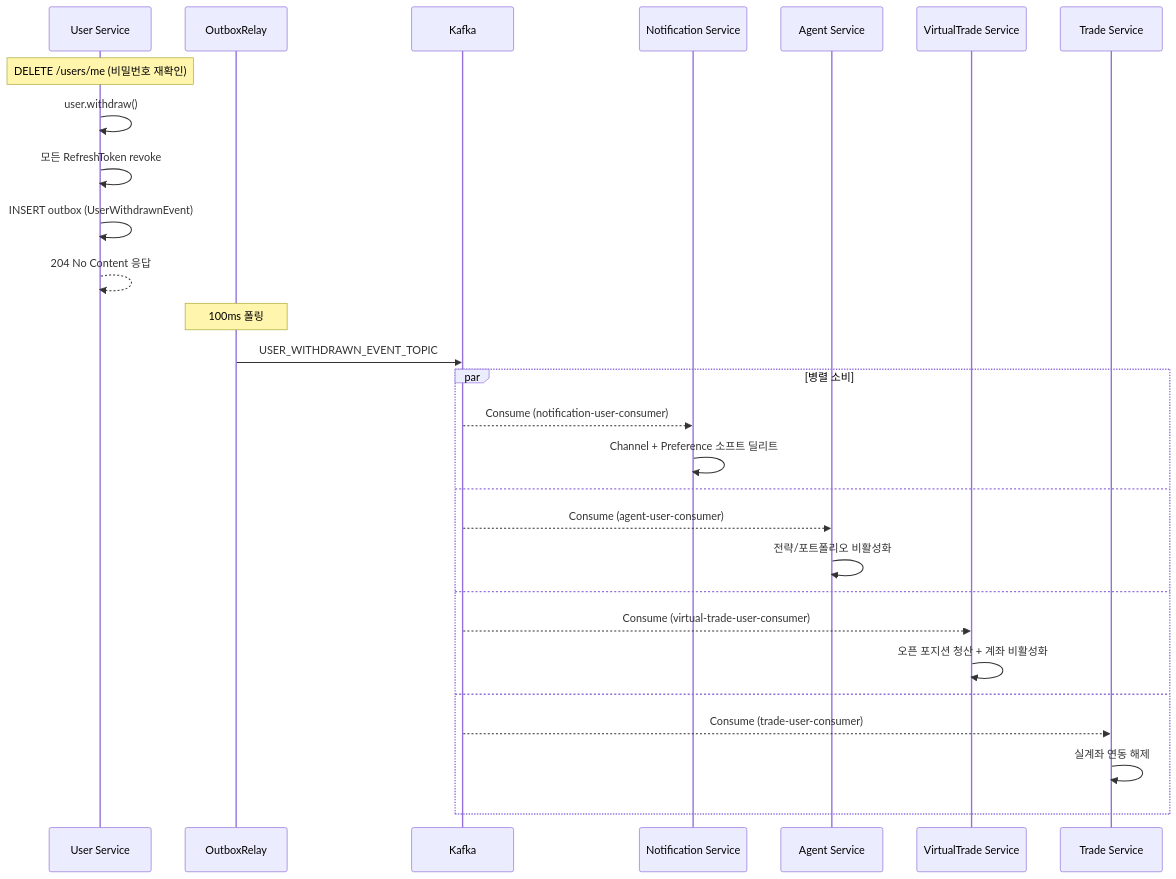
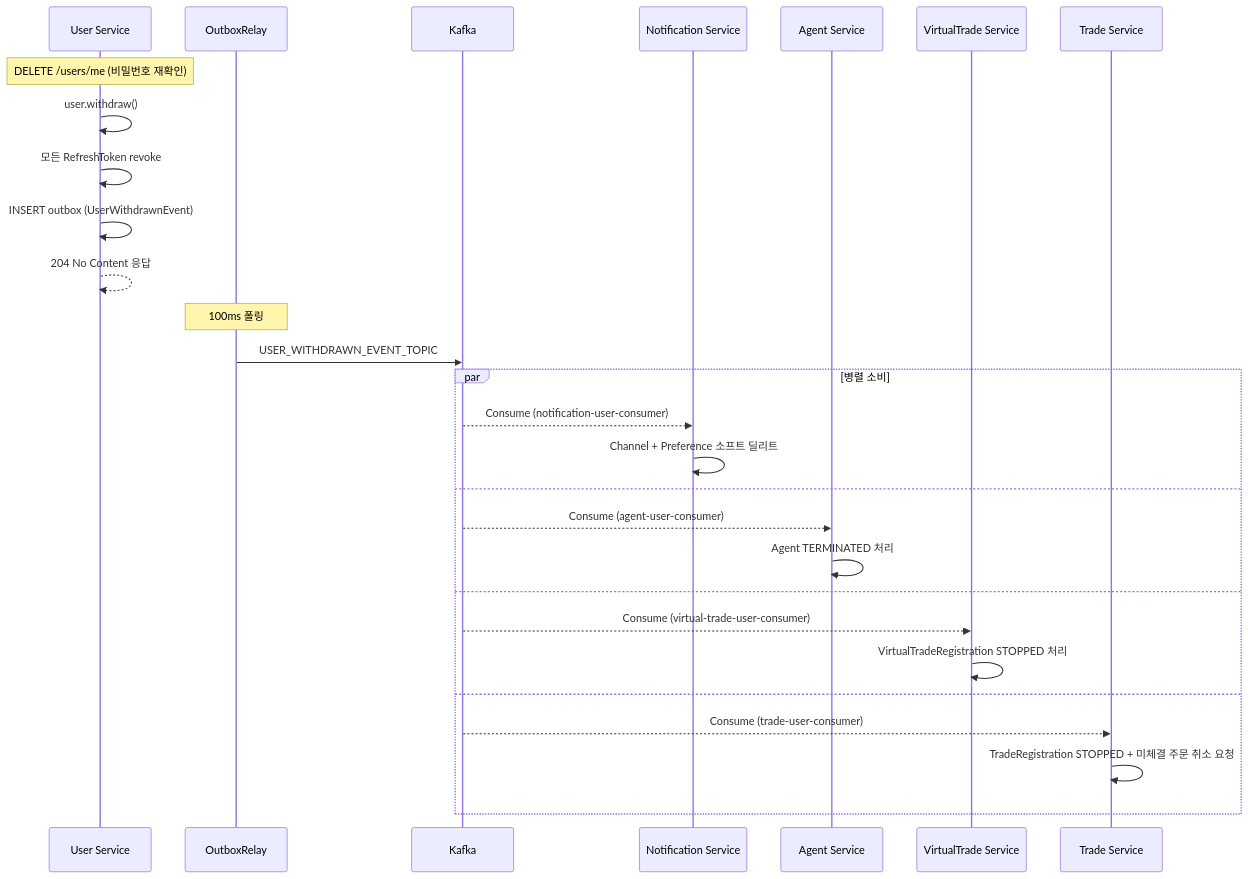
Before and after one commit to Trade-Pilot/.github: the diagram in backend/event-driven-lifecycle.md, drawn with Mermaid. The commit also changed other lines of this file and 11 other files, not shown here.

Commit message:
feat: agent, simulation, trade, virtual trade 문서 작성

````diff
--- a/backend/event-driven-lifecycle.md
+++ b/backend/event-driven-lifecycle.md
@@ -49,33 +49,33 @@
 ```mermaid
 sequenceDiagram
     participant US as User Service
     participant Relay as OutboxRelay
     participant Kafka as Kafka
     participant NS as Notification Service
     participant AS as Agent Service
     participant VT as VirtualTrade Service
     participant TS as Trade Service
 
     Note over US: DELETE /users/me (비밀번호 재확인)
     US->>US: user.withdraw()
     US->>US: 모든 RefreshToken revoke
     US->>US: INSERT outbox (UserWithdrawnEvent)
     US-->>US: 204 No Content 응답
 
     Note over Relay: 100ms 폴링
     Relay->>Kafka: USER_WITHDRAWN_EVENT_TOPIC
 
     par 병렬 소비
         Kafka-->>NS: Consume (notification-user-consumer)
         NS->>NS: Channel + Preference 소프트 딜리트
     and
         Kafka-->>AS: Consume (agent-user-consumer)
-        AS->>AS: 전략/포트폴리오 비활성화
+        AS->>AS: Agent TERMINATED 처리
     and
         Kafka-->>VT: Consume (virtual-trade-user-consumer)
-        VT->>VT: 오픈 포지션 청산 + 계좌 비활성화
+        VT->>VT: VirtualTradeRegistration STOPPED 처리
     and
         Kafka-->>TS: Consume (trade-user-consumer)
-        TS->>TS: 실계좌 연동 해제
+        TS->>TS: TradeRegistration STOPPED + 미체결 주문 취소 요청
     end
 ```
````
